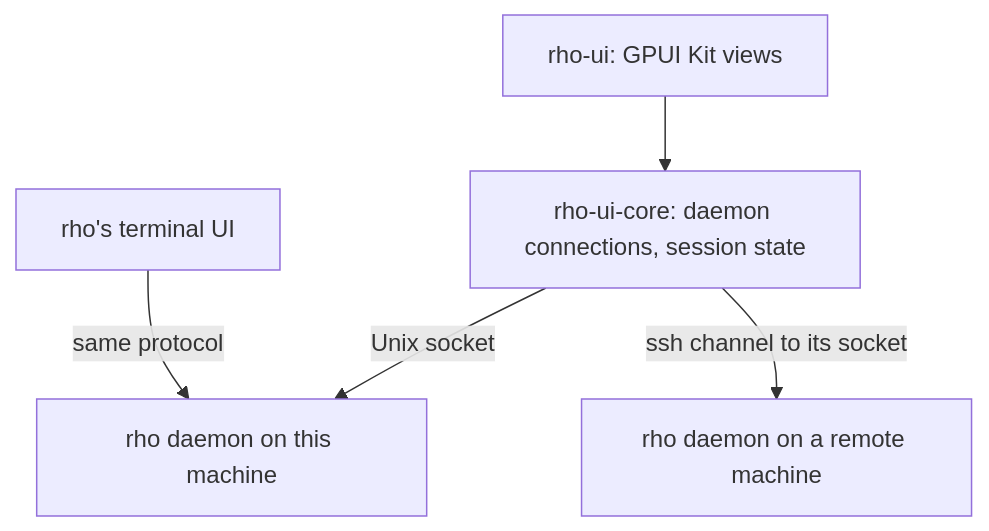
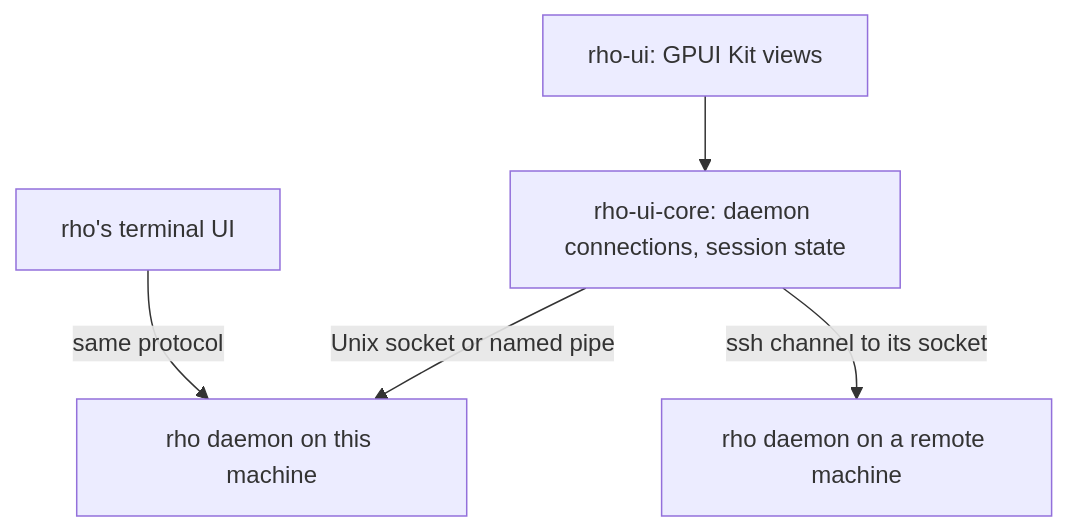
One commit to matthewyjiang/rho-ui changed the first of 2 diagrams in docs/architecture.md. Above: the diagram before and after it, drawn with Mermaid. The commit also changed other lines of this file and 2 other files, not shown here.

````diff
--- a/docs/architecture.md
+++ b/docs/architecture.md
@@ -5,7 +5,7 @@
 ```mermaid
 flowchart TD
     UI["rho-ui: GPUI Kit views"] --> Core["rho-ui-core: daemon connections, session state"]
-    Core -->|"Unix socket"| Local["rho daemon on this machine"]
+    Core -->|"Unix socket or named pipe"| Local["rho daemon on this machine"]
     Core -->|"ssh channel to its socket"| Remote["rho daemon on a remote machine"]
     TUI["rho's terminal UI"] -->|"same protocol"| Local
 ```
````
